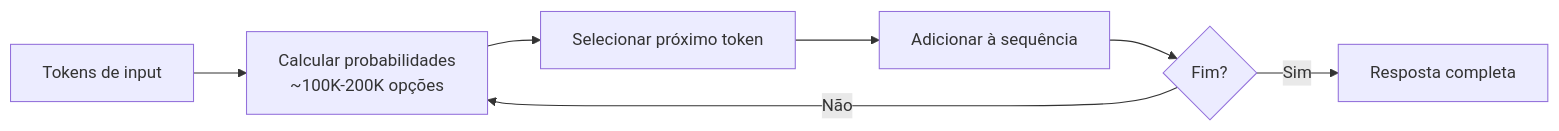
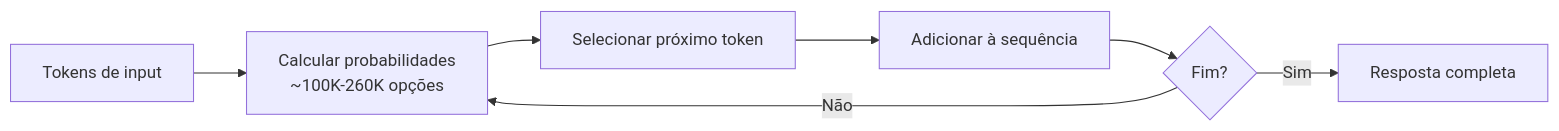
Before and after one commit to rsicarelli/claude-code-10x: the third of 4 diagrams in posts/101/part2/pt-br.md, drawn with Mermaid. The commit also changed other lines of this file, not shown here.

````diff
--- a/posts/101/part2/pt-br.md
+++ b/posts/101/part2/pt-br.md
@@ -137,9 +136,9 @@
 ```mermaid
 flowchart LR
-    A["Tokens de input"] --> B["Calcular probabilidades<br/>~100K-200K opções"]
+    A["Tokens de input"] --> B["Calcular probabilidades<br/>~100K-260K opções"]
     B --> C["Selecionar próximo token"]
     C --> D["Adicionar à sequência"]
     D --> E{Fim?}
     E -->|Não| B
     E -->|Sim| F["Resposta completa"]
 ```
````
